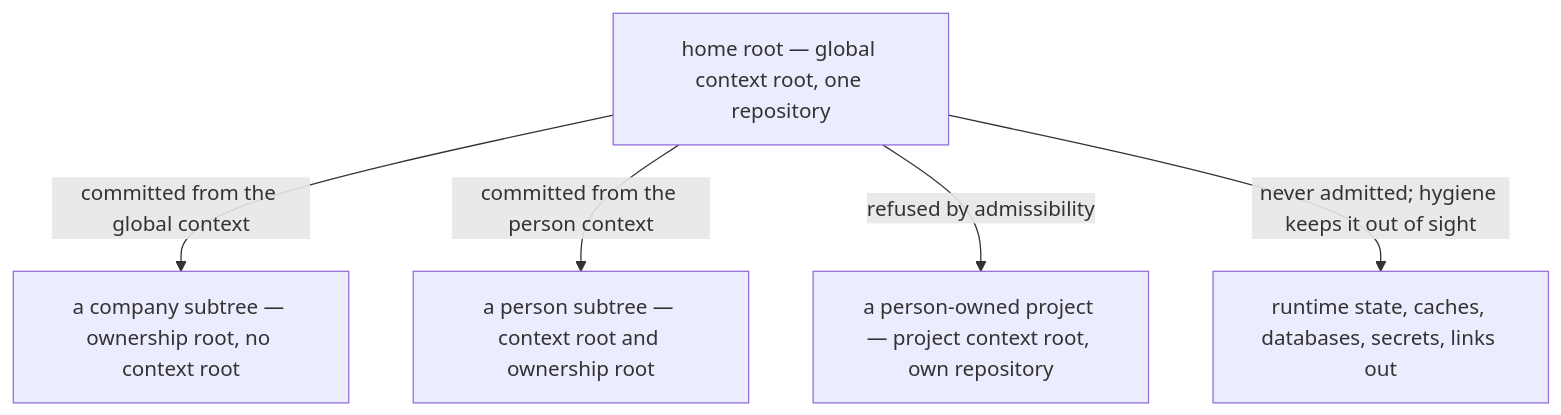
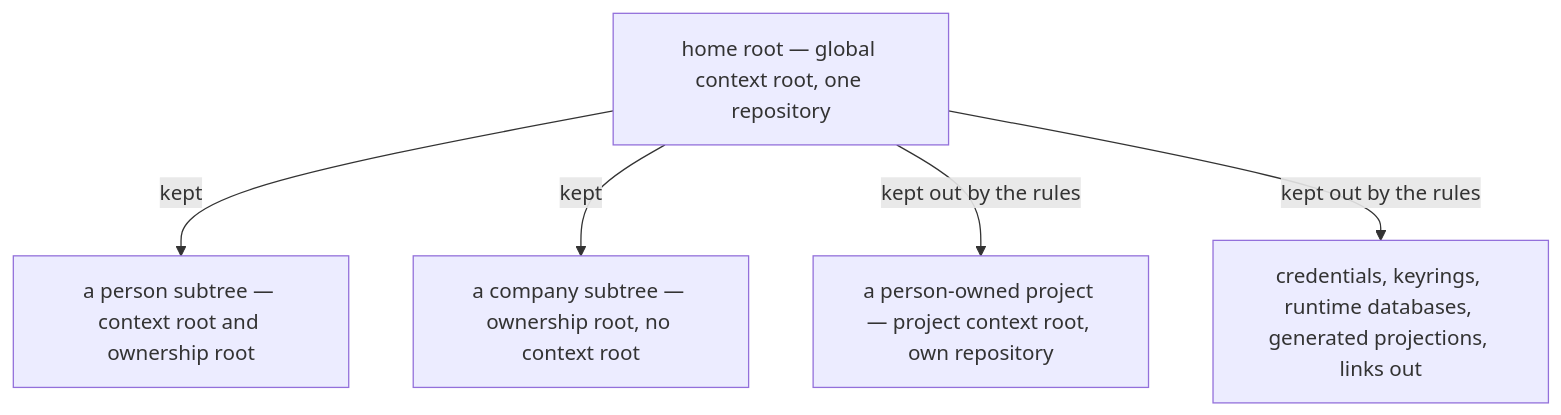
The diagram in docs/project/design/architecture/home-repository.md (InstruktAI/TeleClaude), drawn with Mermaid before and after one commit. The commit also changed other lines of this file, not shown here.

First line of the commit message:
docs(architecture): strike the scope this design invented and keep what the intent authorizes

````diff
--- a/docs/project/design/architecture/home-repository.md
+++ b/docs/project/design/architecture/home-repository.md
@@ -243,13 +190,13 @@
 ```mermaid
 flowchart TD
     H["home root — global context root, one repository"]
     P["a person subtree — context root and ownership root"]
     C["a company subtree — ownership root, no context root"]
     PR["a person-owned project — project context root, own repository"]
-    X["runtime state, caches, databases, secrets, links out"]
+    X["credentials, keyrings, runtime databases, generated projections, links out"]
 
-    H -->|"committed from the global context"| C
-    H -->|"committed from the person context"| P
-    H -->|"refused by admissibility"| PR
-    H -->|"never admitted; hygiene keeps it out of sight"| X
+    H -->|"kept"| P
+    H -->|"kept"| C
+    H -->|"kept out by the rules"| PR
+    H -->|"kept out by the rules"| X
 ```
````
